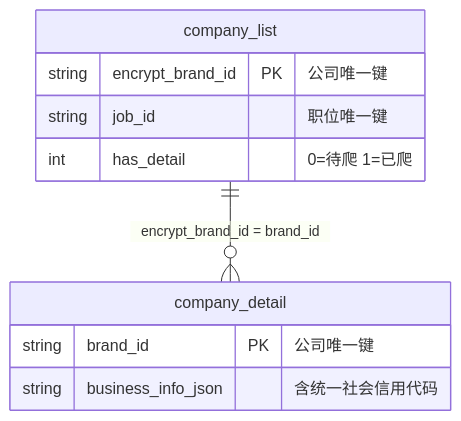
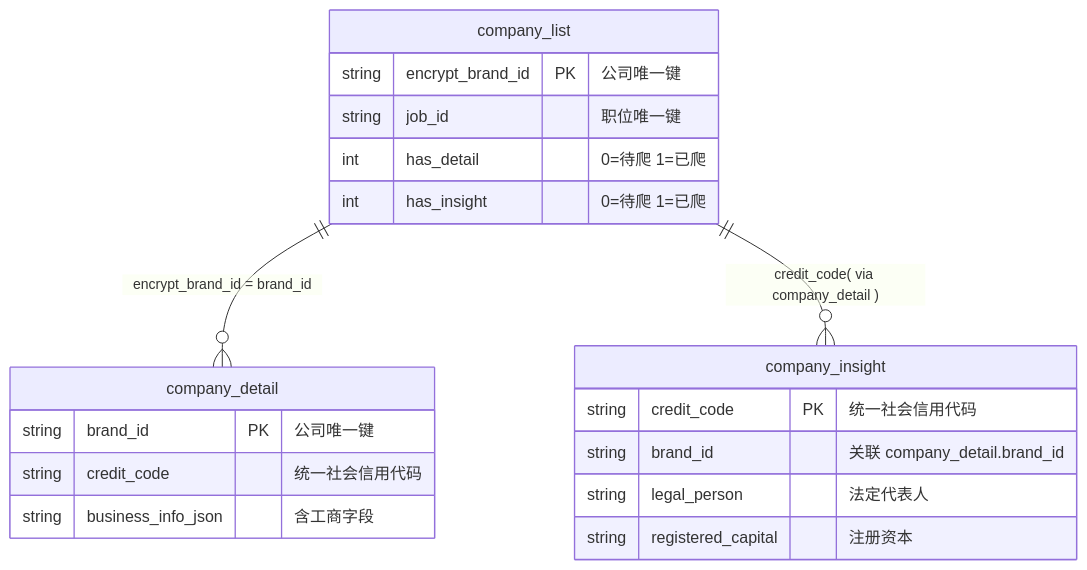
One commit to mednight4/boss-zhipin-scraper changed the second of 2 diagrams in skill/pipeline.md. Above: the diagram before and after it, drawn with Mermaid. The commit also changed other lines of this file and 6 other files, not shown here.

````diff
--- a/skill/pipeline.md
+++ b/skill/pipeline.md
@@ -54,13 +72,22 @@
 ```mermaid
 erDiagram
     company_list ||--o{ company_detail : "encrypt_brand_id = brand_id"
+    company_list ||--o{ company_insight : "credit_code( via company_detail )"
     company_list {
         string encrypt_brand_id PK "公司唯一键"
         string job_id "职位唯一键"
         int has_detail "0=待爬 1=已爬"
+        int has_insight "0=待爬 1=已爬"
     }
     company_detail {
         string brand_id PK "公司唯一键"
-        string business_info_json "含统一社会信用代码"
+        string credit_code "统一社会信用代码"
+        string business_info_json "含工商字段"
+    }
+    company_insight {
+        string credit_code PK "统一社会信用代码"
+        string brand_id "关联 company_detail.brand_id"
+        string legal_person "法定代表人"
+        string registered_capital "注册资本"
     }
 ```
````
